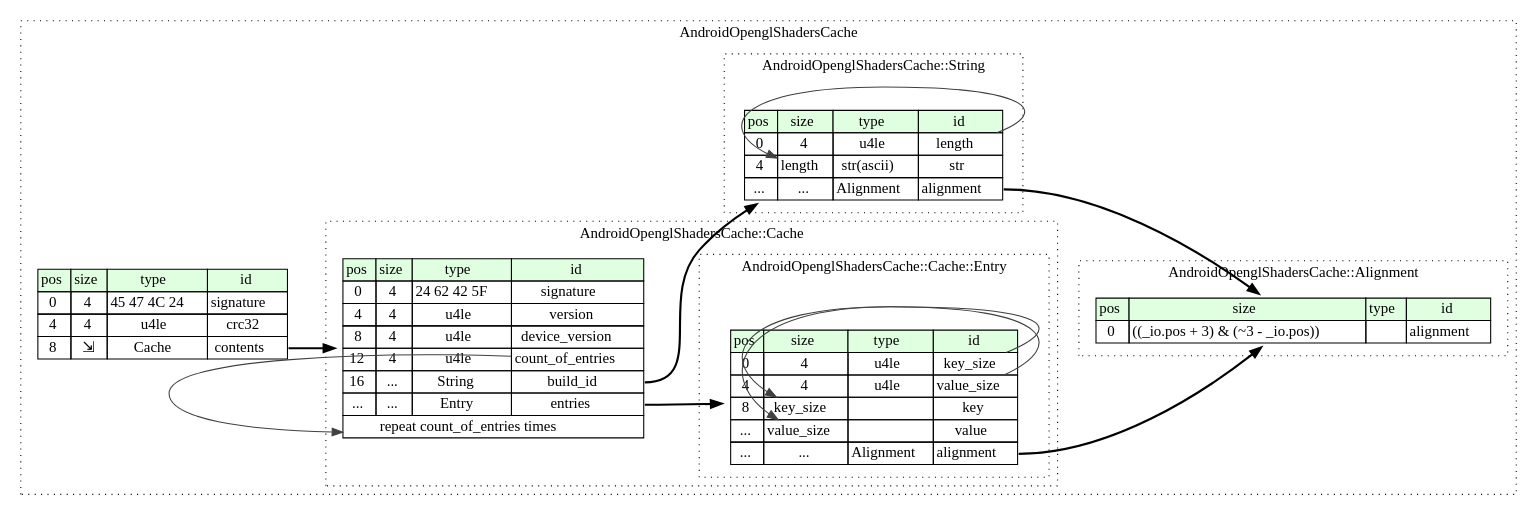
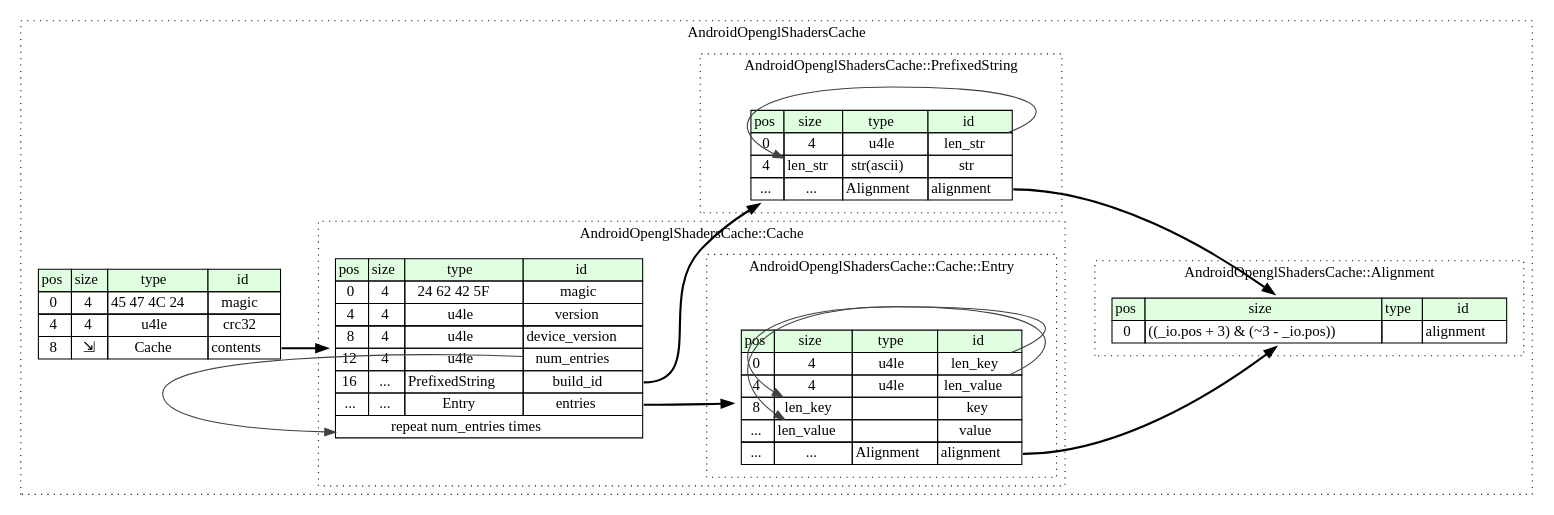
Before and after one commit to kaitai-io/formats-kaitai-io.github.io: the diagram in android_opengl_shaders_cache/src/graphviz/android_opengl_shaders_cache.dot, drawn with Graphviz. The commit also changed 21 other files, not shown here.

```diff
--- a/android_opengl_shaders_cache/src/graphviz/android_opengl_shaders_cache.dot
+++ b/android_opengl_shaders_cache/src/graphviz/android_opengl_shaders_cache.dot
@@ -1,72 +1,72 @@
 digraph {
 	rankdir=LR;
 	node [shape=plaintext];
 	subgraph cluster__android_opengl_shaders_cache {
 		label="AndroidOpenglShadersCache";
 		graph[style=dotted];
 
 		android_opengl_shaders_cache__seq [label=<<TABLE BORDER="0" CELLBORDER="1" CELLSPACING="0">
 			<TR><TD BGCOLOR="#E0FFE0">pos</TD><TD BGCOLOR="#E0FFE0">size</TD><TD BGCOLOR="#E0FFE0">type</TD><TD BGCOLOR="#E0FFE0">id</TD></TR>
-			<TR><TD PORT="signature_pos">0</TD><TD PORT="signature_size">4</TD><TD>45 47 4C 24</TD><TD PORT="signature_type">signature</TD></TR>
+			<TR><TD PORT="magic_pos">0</TD><TD PORT="magic_size">4</TD><TD>45 47 4C 24</TD><TD PORT="magic_type">magic</TD></TR>
 			<TR><TD PORT="crc32_pos">4</TD><TD PORT="crc32_size">4</TD><TD>u4le</TD><TD PORT="crc32_type">crc32</TD></TR>
 			<TR><TD PORT="contents_pos">8</TD><TD PORT="contents_size">⇲</TD><TD>Cache</TD><TD PORT="contents_type">contents</TD></TR>
 		</TABLE>>];
 		subgraph cluster__alignment {
 			label="AndroidOpenglShadersCache::Alignment";
 			graph[style=dotted];
 
 			alignment__seq [label=<<TABLE BORDER="0" CELLBORDER="1" CELLSPACING="0">
 				<TR><TD BGCOLOR="#E0FFE0">pos</TD><TD BGCOLOR="#E0FFE0">size</TD><TD BGCOLOR="#E0FFE0">type</TD><TD BGCOLOR="#E0FFE0">id</TD></TR>
 				<TR><TD PORT="alignment_pos">0</TD><TD PORT="alignment_size">((_io.pos + 3) &amp; (~3 - _io.pos))</TD><TD></TD><TD PORT="alignment_type">alignment</TD></TR>
 			</TABLE>>];
 		}
-		subgraph cluster__string {
-			label="AndroidOpenglShadersCache::String";
+		subgraph cluster__prefixed_string {
+			label="AndroidOpenglShadersCache::PrefixedString";
 			graph[style=dotted];
 
-			string__seq [label=<<TABLE BORDER="0" CELLBORDER="1" CELLSPACING="0">
+			prefixed_string__seq [label=<<TABLE BORDER="0" CELLBORDER="1" CELLSPACING="0">
 				<TR><TD BGCOLOR="#E0FFE0">pos</TD><TD BGCOLOR="#E0FFE0">size</TD><TD BGCOLOR="#E0FFE0">type</TD><TD BGCOLOR="#E0FFE0">id</TD></TR>
-				<TR><TD PORT="length_pos">0</TD><TD PORT="length_size">4</TD><TD>u4le</TD><TD PORT="length_type">length</TD></TR>
-				<TR><TD PORT="str_pos">4</TD><TD PORT="str_size">length</TD><TD>str(ascii)</TD><TD PORT="str_type">str</TD></TR>
+				<TR><TD PORT="len_str_pos">0</TD><TD PORT="len_str_size">4</TD><TD>u4le</TD><TD PORT="len_str_type">len_str</TD></TR>
+				<TR><TD PORT="str_pos">4</TD><TD PORT="str_size">len_str</TD><TD>str(ascii)</TD><TD PORT="str_type">str</TD></TR>
 				<TR><TD PORT="alignment_pos">...</TD><TD PORT="alignment_size">...</TD><TD>Alignment</TD><TD PORT="alignment_type">alignment</TD></TR>
 			</TABLE>>];
 		}
 		subgraph cluster__cache {
 			label="AndroidOpenglShadersCache::Cache";
 			graph[style=dotted];
 
 			cache__seq [label=<<TABLE BORDER="0" CELLBORDER="1" CELLSPACING="0">
 				<TR><TD BGCOLOR="#E0FFE0">pos</TD><TD BGCOLOR="#E0FFE0">size</TD><TD BGCOLOR="#E0FFE0">type</TD><TD BGCOLOR="#E0FFE0">id</TD></TR>
-				<TR><TD PORT="signature_pos">0</TD><TD PORT="signature_size">4</TD><TD>24 62 42 5F</TD><TD PORT="signature_type">signature</TD></TR>
+				<TR><TD PORT="magic_pos">0</TD><TD PORT="magic_size">4</TD><TD>24 62 42 5F</TD><TD PORT="magic_type">magic</TD></TR>
 				<TR><TD PORT="version_pos">4</TD><TD PORT="version_size">4</TD><TD>u4le</TD><TD PORT="version_type">version</TD></TR>
 				<TR><TD PORT="device_version_pos">8</TD><TD PORT="device_version_size">4</TD><TD>u4le</TD><TD PORT="device_version_type">device_version</TD></TR>
-				<TR><TD PORT="count_of_entries_pos">12</TD><TD PORT="count_of_entries_size">4</TD><TD>u4le</TD><TD PORT="count_of_entries_type">count_of_entries</TD></TR>
-				<TR><TD PORT="build_id_pos">16</TD><TD PORT="build_id_size">...</TD><TD>String</TD><TD PORT="build_id_type">build_id</TD></TR>
+				<TR><TD PORT="num_entries_pos">12</TD><TD PORT="num_entries_size">4</TD><TD>u4le</TD><TD PORT="num_entries_type">num_entries</TD></TR>
+				<TR><TD PORT="build_id_pos">16</TD><TD PORT="build_id_size">...</TD><TD>PrefixedString</TD><TD PORT="build_id_type">build_id</TD></TR>
 				<TR><TD PORT="entries_pos">...</TD><TD PORT="entries_size">...</TD><TD>Entry</TD><TD PORT="entries_type">entries</TD></TR>
-				<TR><TD COLSPAN="4" PORT="entries__repeat">repeat count_of_entries times</TD></TR>
+				<TR><TD COLSPAN="4" PORT="entries__repeat">repeat num_entries times</TD></TR>
 			</TABLE>>];
 			subgraph cluster__entry {
 				label="AndroidOpenglShadersCache::Cache::Entry";
 				graph[style=dotted];
 
 				entry__seq [label=<<TABLE BORDER="0" CELLBORDER="1" CELLSPACING="0">
 					<TR><TD BGCOLOR="#E0FFE0">pos</TD><TD BGCOLOR="#E0FFE0">size</TD><TD BGCOLOR="#E0FFE0">type</TD><TD BGCOLOR="#E0FFE0">id</TD></TR>
-					<TR><TD PORT="key_size_pos">0</TD><TD PORT="key_size_size">4</TD><TD>u4le</TD><TD PORT="key_size_type">key_size</TD></TR>
-					<TR><TD PORT="value_size_pos">4</TD><TD PORT="value_size_size">4</TD><TD>u4le</TD><TD PORT="value_size_type">value_size</TD></TR>
-					<TR><TD PORT="key_pos">8</TD><TD PORT="key_size">key_size</TD><TD></TD><TD PORT="key_type">key</TD></TR>
-					<TR><TD PORT="value_pos">...</TD><TD PORT="value_size">value_size</TD><TD></TD><TD PORT="value_type">value</TD></TR>
+					<TR><TD PORT="len_key_pos">0</TD><TD PORT="len_key_size">4</TD><TD>u4le</TD><TD PORT="len_key_type">len_key</TD></TR>
+					<TR><TD PORT="len_value_pos">4</TD><TD PORT="len_value_size">4</TD><TD>u4le</TD><TD PORT="len_value_type">len_value</TD></TR>
+					<TR><TD PORT="key_pos">8</TD><TD PORT="key_size">len_key</TD><TD></TD><TD PORT="key_type">key</TD></TR>
+					<TR><TD PORT="value_pos">...</TD><TD PORT="value_size">len_value</TD><TD></TD><TD PORT="value_type">value</TD></TR>
 					<TR><TD PORT="alignment_pos">...</TD><TD PORT="alignment_size">...</TD><TD>Alignment</TD><TD PORT="alignment_type">alignment</TD></TR>
 				</TABLE>>];
 			}
 		}
 	}
 	android_opengl_shaders_cache__seq:contents_type -> cache__seq [style=bold];
-	string__seq:length_type -> string__seq:str_size [color="#404040"];
-	string__seq:alignment_type -> alignment__seq [style=bold];
-	cache__seq:build_id_type -> string__seq [style=bold];
+	prefixed_string__seq:len_str_type -> prefixed_string__seq:str_size [color="#404040"];
+	prefixed_string__seq:alignment_type -> alignment__seq [style=bold];
+	cache__seq:build_id_type -> prefixed_string__seq [style=bold];
 	cache__seq:entries_type -> entry__seq [style=bold];
-	cache__seq:count_of_entries_type -> cache__seq:entries__repeat [color="#404040"];
-	entry__seq:key_size_type -> entry__seq:key_size [color="#404040"];
-	entry__seq:value_size_type -> entry__seq:value_size [color="#404040"];
+	cache__seq:num_entries_type -> cache__seq:entries__repeat [color="#404040"];
+	entry__seq:len_key_type -> entry__seq:key_size [color="#404040"];
+	entry__seq:len_value_type -> entry__seq:value_size [color="#404040"];
 	entry__seq:alignment_type -> alignment__seq [style=bold];
 }
```
